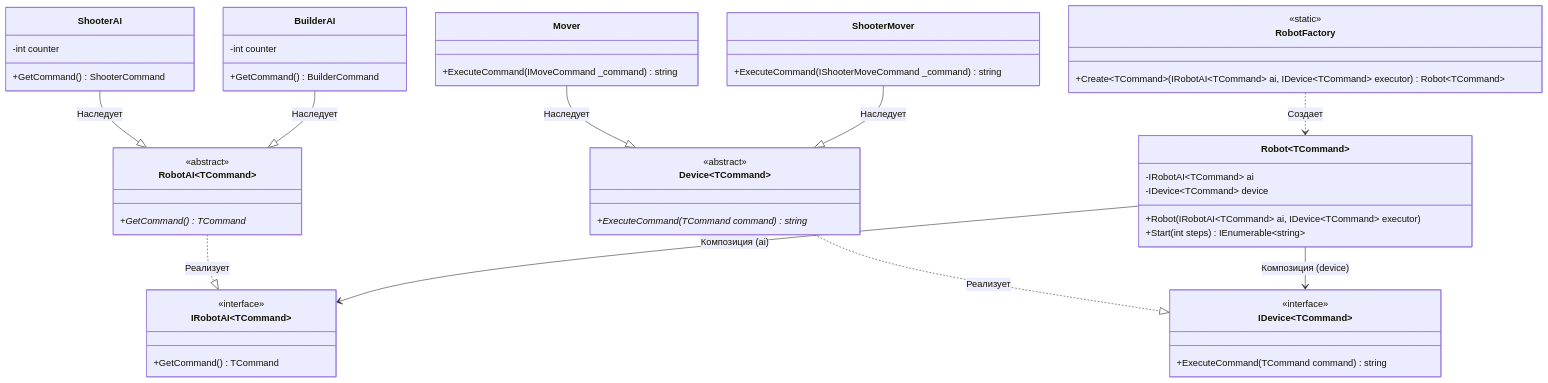
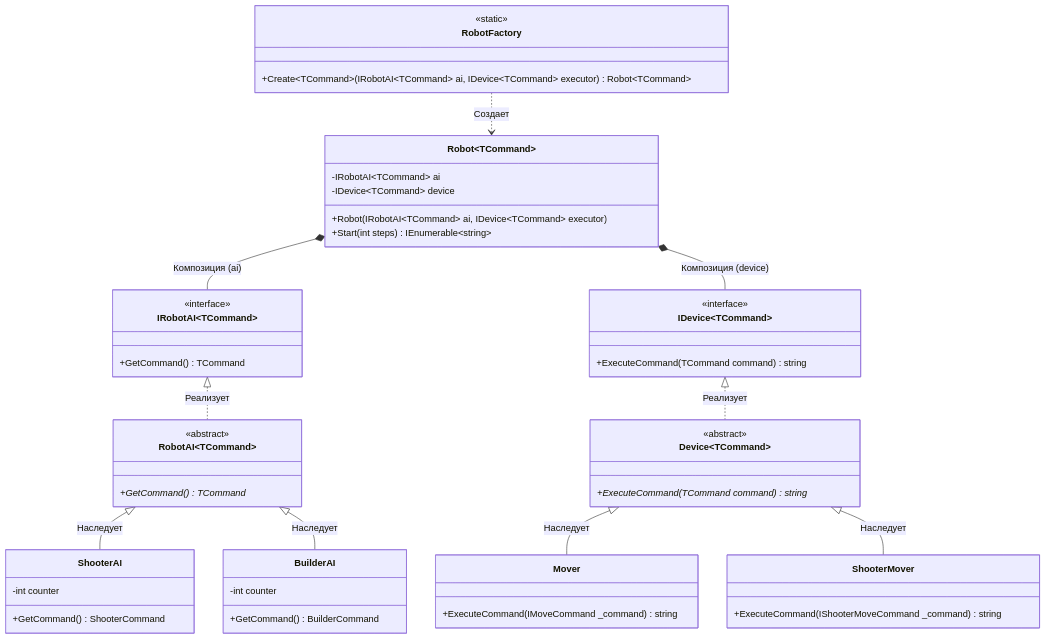
Before and after one commit to Du2Vi-lab/Ulearn-Tasks: the diagram in robots.md, drawn with Mermaid.

````diff
--- a/robots.md
+++ b/robots.md
@@ -9,71 +9,67 @@
 ```mermaid
 
 classDiagram
-    %% Interfaces
     class IRobotAI~TCommand~ {
         <<interface>>
         +GetCommand() TCommand
     }
 
     class IDevice~TCommand~ {
         <<interface>>
         +ExecuteCommand(TCommand command) string
     }
 
-    %% Abstract Classes
     class RobotAI~TCommand~ {
         <<abstract>>
         +GetCommand()* TCommand
     }
 
     class Device~TCommand~ {
         <<abstract>>
         +ExecuteCommand(TCommand command)* string
     }
 
-    %% Concrete Classes
     class ShooterAI {
         -int counter
         +GetCommand() ShooterCommand
     }
 
     class BuilderAI {
         -int counter
         +GetCommand() BuilderCommand
     }
 
     class Mover {
         +ExecuteCommand(IMoveCommand _command) string
     }
 
     class ShooterMover {
         +ExecuteCommand(IShooterMoveCommand _command) string
     }
 
     class Robot~TCommand~ {
         -IRobotAI~TCommand~ ai
         -IDevice~TCommand~ device
         +Robot(IRobotAI~TCommand~ ai, IDevice~TCommand~ executor)
         +Start(int steps) IEnumerable~string~
     }
 
     class RobotFactory {
         <<static>>
         +Create~TCommand~(IRobotAI~TCommand~ ai, IDevice~TCommand~ executor) Robot~TCommand~
     }
 
-    %% Relationships
-    RobotAI~TCommand~ ..|> IRobotAI~TCommand~ : Реализует
-    Device~TCommand~ ..|> IDevice~TCommand~ : Реализует
+    IRobotAI~TCommand~ <|.. RobotAI~TCommand~ : Реализует
+    IDevice~TCommand~ <|.. Device~TCommand~ : Реализует
 
-    ShooterAI --|> RobotAI~ShooterCommand~ : Наследует
-    BuilderAI --|> RobotAI~BuilderCommand~ : Наследует
+    RobotAI~ShooterCommand~ <|-- ShooterAI : Наследует
+    RobotAI~BuilderCommand~ <|-- BuilderAI : Наследует
+    Device~IMoveCommand~ <|-- Mover : Наследует
+    Device~IShooterMoveCommand~ <|-- ShooterMover : Наследует
 
-    Mover --|> Device~IMoveCommand~ : Наследует
-    ShooterMover --|> Device~IShooterMoveCommand~ : Наследует
-
-    Robot~TCommand~ --> IRobotAI~TCommand~ : Композиция (ai)
-    Robot~TCommand~ --> IDevice~TCommand~ : Композиция (device)
+    Robot~TCommand~ *-- IRobotAI~TCommand~ : Композиция (ai)
+    Robot~TCommand~ *-- IDevice~TCommand~ : Композиция (device)
+    
     RobotFactory ..> Robot~TCommand~ : Создает
     
 ```
````
